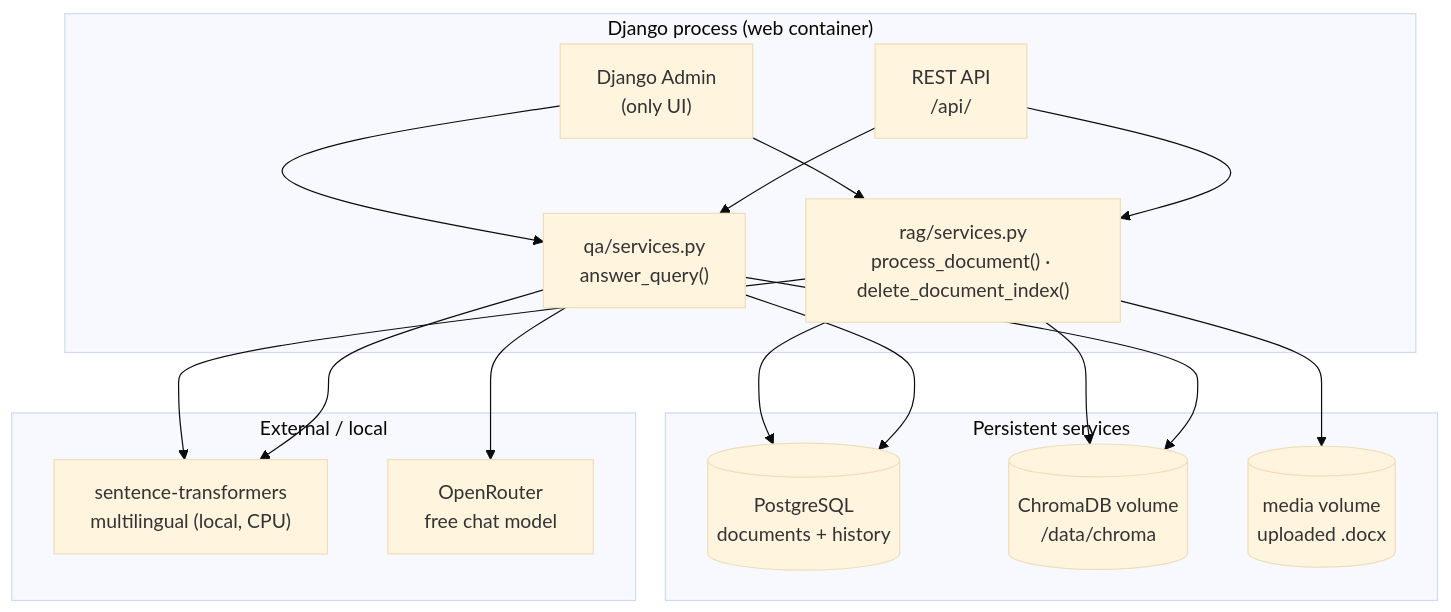
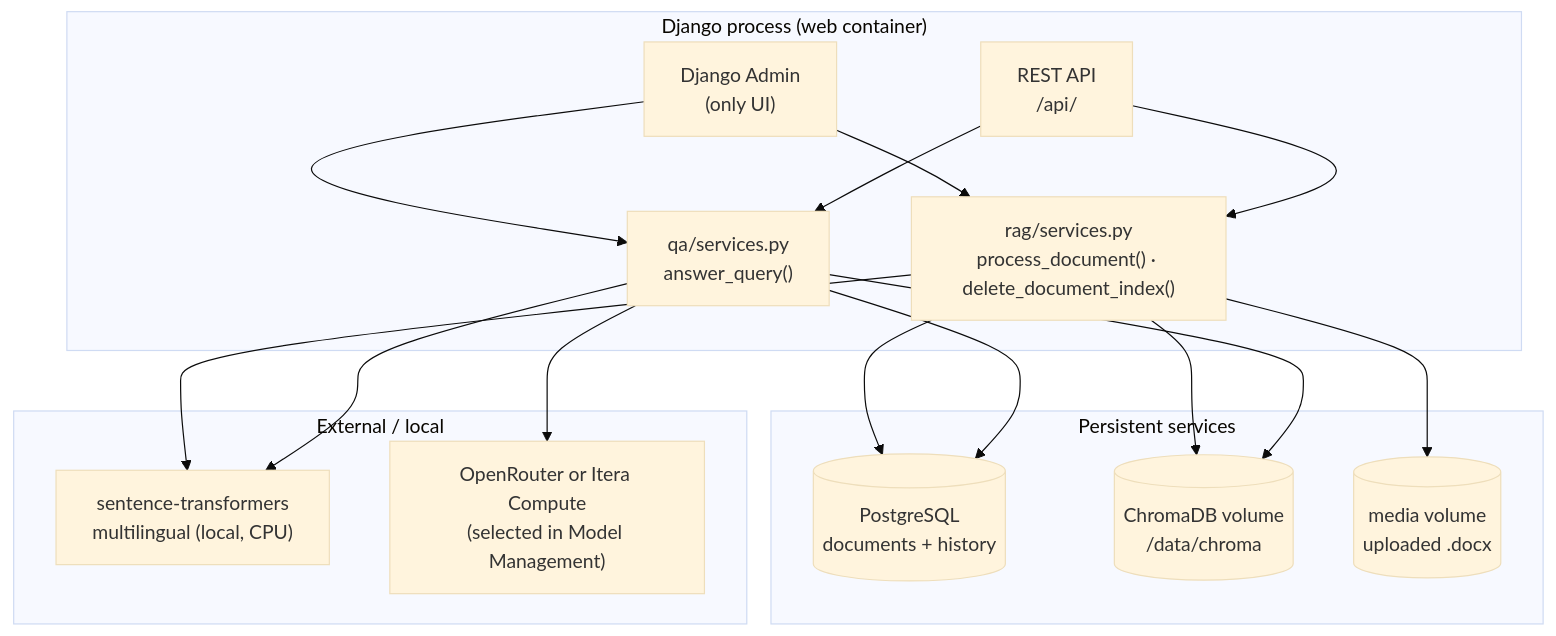
Before and after one commit to sladememarian/MyRAG: the first of 3 diagrams in docs/01-architecture.md, drawn with Mermaid (base theme). The commit also changed other lines of this file and 12 other files, not shown here.

````diff
--- a/docs/01-architecture.md
+++ b/docs/01-architecture.md
@@ -5,33 +5,33 @@
 ```mermaid
 flowchart TB
     subgraph Django["Django process (web container)"]
         Admin["Django Admin<br/>(only UI)"]
         API["REST API<br/>/api/"]
         Services["rag/services.py<br/>process_document() · delete_document_index()"]
         QA["qa/services.py<br/>answer_query()"]
     end
 
     subgraph Data["Persistent services"]
         PG[(PostgreSQL<br/>documents + history)]
         Chroma[(ChromaDB volume<br/>/data/chroma)]
         Media[(media volume<br/>uploaded .docx)]
     end
 
     subgraph External["External / local"]
         Embed["sentence-transformers<br/>multilingual (local, CPU)"]
-        LLM["OpenRouter<br/>free chat model"]
+        LLM["OpenRouter or Itera Compute<br/>(selected in Model Management)"]
     end
 
     Admin --> Services
     API --> Services
     Services --> PG
     Services --> Media
     Services --> Embed
     Services --> Chroma
     Admin --> QA
     API --> QA
     QA --> Chroma
     QA --> Embed
     QA --> LLM
     QA --> PG
 ```
````
